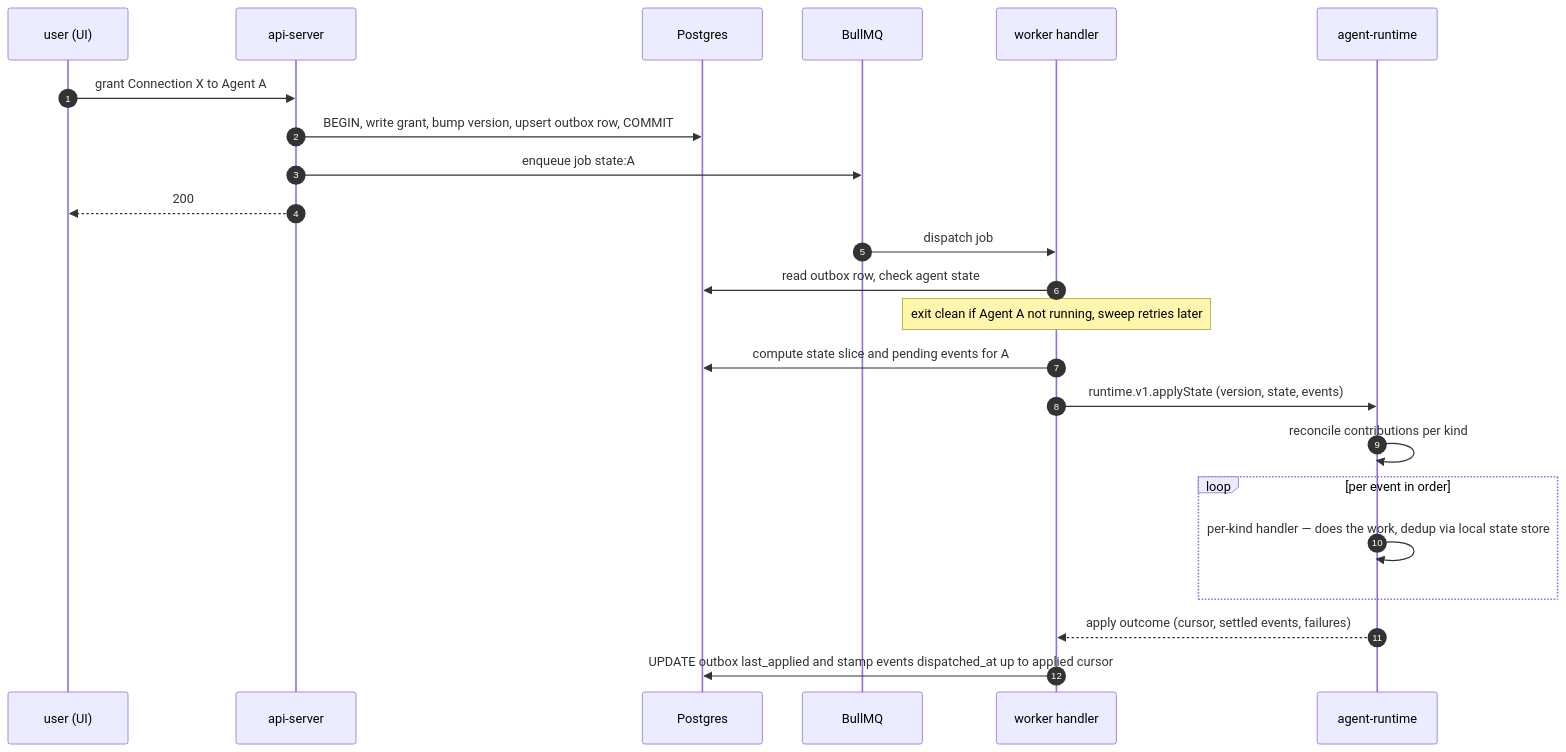
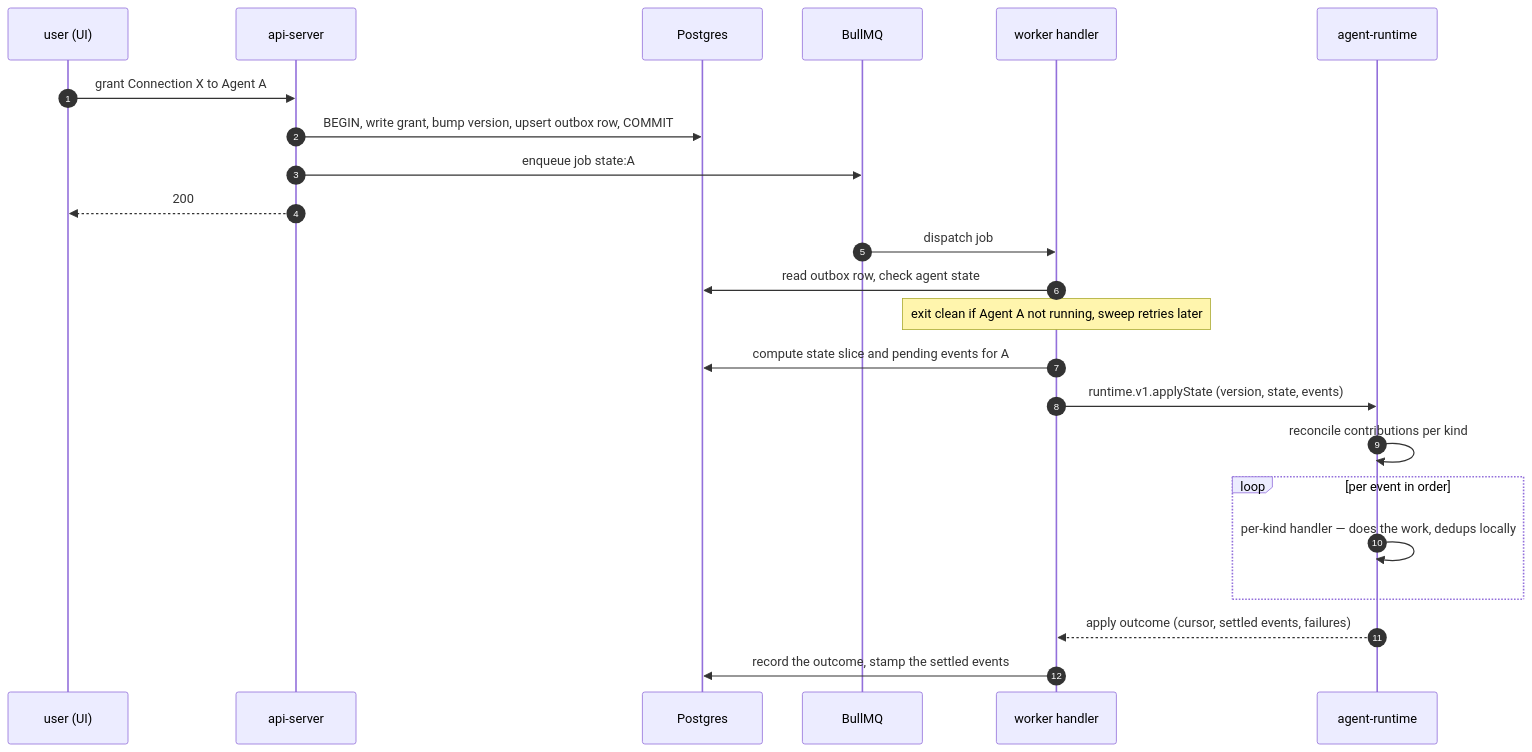
The third of 6 diagrams in docs/architecture/connections.md (dam-agents/dam), drawn with Mermaid before and after one commit. The commit also changed other lines of this file and 12 other files, not shown here.

````diff
--- a/docs/architecture/connections.md
+++ b/docs/architecture/connections.md
@@ -228,27 +228,27 @@
 ```mermaid
 sequenceDiagram
   autonumber
   participant USER as user (UI)
   participant AS as api-server
   participant PG as Postgres
   participant BQ as BullMQ
   participant WK as worker handler
   participant RT as agent-runtime
 
   USER->>AS: grant Connection X to Agent A
   AS->>PG: BEGIN, write grant, bump version, upsert outbox row, COMMIT
   AS->>BQ: enqueue job state:A
   AS-->>USER: 200
 
   BQ->>WK: dispatch job
   WK->>PG: read outbox row, check agent state
   Note over WK: exit clean if Agent A not running, sweep retries later
   WK->>PG: compute state slice and pending events for A
   WK->>RT: runtime.v1.applyState (version, state, events)
   RT->>RT: reconcile contributions per kind
   loop per event in order
-    RT->>RT: per-kind handler — does the work, dedup via local state store
+    RT->>RT: per-kind handler — does the work, dedups locally
   end
   RT-->>WK: apply outcome (cursor, settled events, failures)
-  WK->>PG: UPDATE outbox last_applied and stamp events dispatched_at up to applied cursor
+  WK->>PG: record the outcome, stamp the settled events
 ```
````
